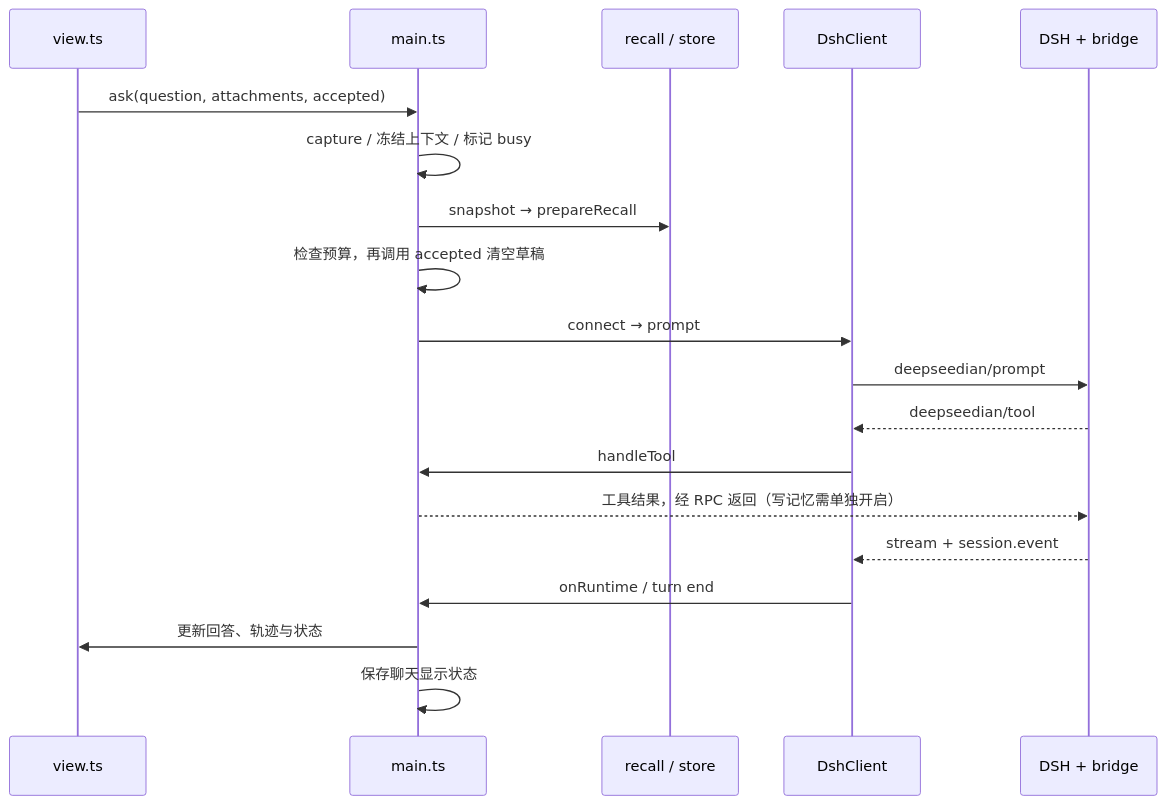
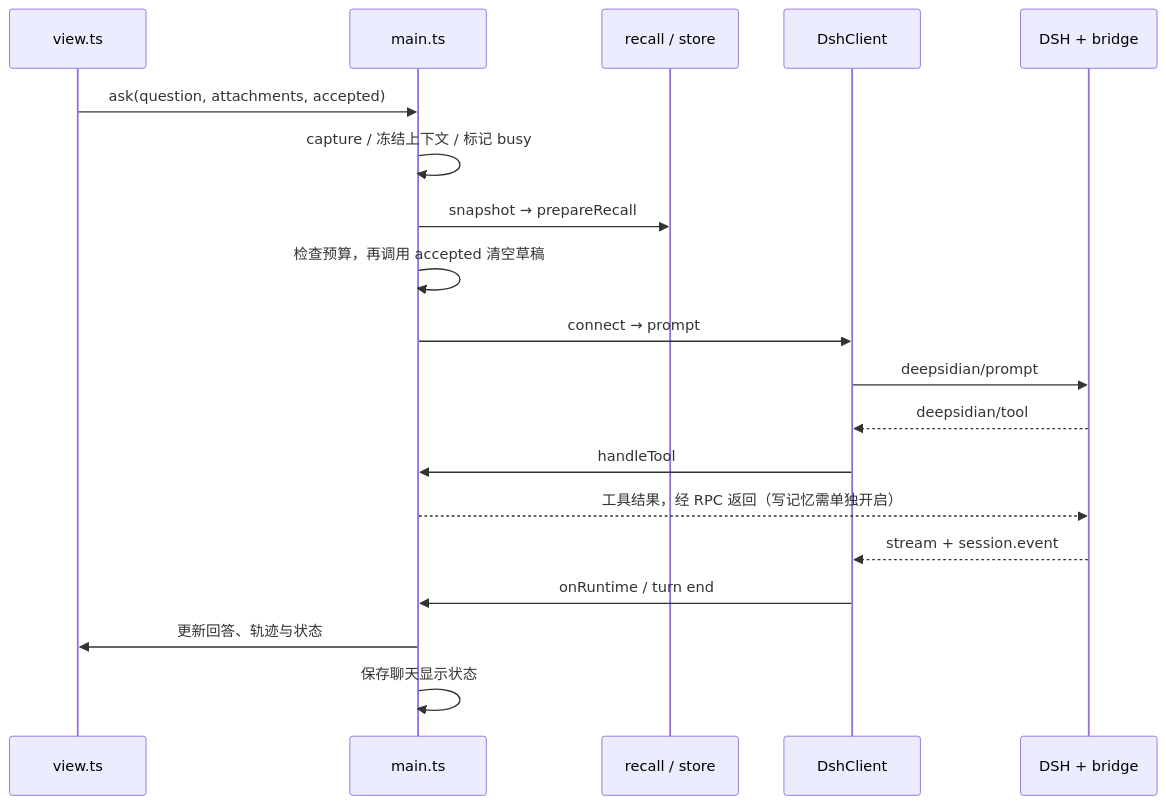
The diagram in docs/PROJECT-MAP.md (DrTonks/deepseedian), drawn with Mermaid before and after one commit. The commit also changed other lines of this file and 59 other files, not shown here.

````diff
--- a/docs/PROJECT-MAP.md
+++ b/docs/PROJECT-MAP.md
@@ -57,21 +56,21 @@
 ```mermaid
 sequenceDiagram
     participant V as view.ts
     participant P as main.ts
     participant R as recall / store
     participant C as DshClient
     participant B as DSH + bridge
     V->>P: ask(question, attachments, accepted)
     P->>P: capture / 冻结上下文 / 标记 busy
     P->>R: snapshot → prepareRecall
     P->>P: 检查预算，再调用 accepted 清空草稿
     P->>C: connect → prompt
-    C->>B: deepseedian/prompt
-    B-->>C: deepseedian/tool
+    C->>B: deepsidian/prompt
+    B-->>C: deepsidian/tool
     C->>P: handleTool
     P-->>B: 工具结果，经 RPC 返回（写记忆需单独开启）
     B-->>C: stream + session.event
     C->>P: onRuntime / turn end
     P->>V: 更新回答、轨迹与状态
     P->>P: 保存聊天显示状态
 ```
````
